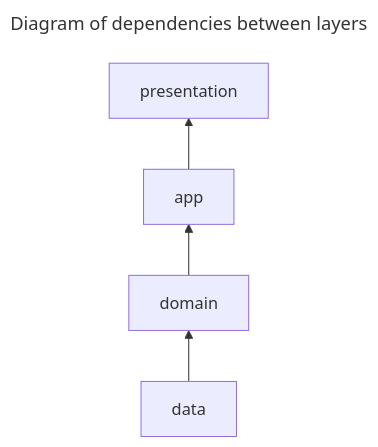
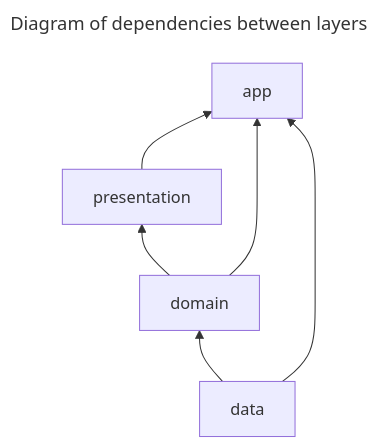
One commit to CK1412/flutter-template changed the diagram in README.md. Above: the diagram before and after it, drawn with Mermaid. The commit also changed 130 other files, not shown here.

````diff
--- a/README.md
+++ b/README.md
@@ -44,7 +44,11 @@
 ```mermaid
 ---
 title: Diagram of dependencies between layers
 ---
-graph BT;
-    data --> domain --> app --> presentation;
+graph BT
+;
+    data --> domain --> presentation;
+    presentation --> app;
+    domain --> app;
+    data --> app;
 ```
````
